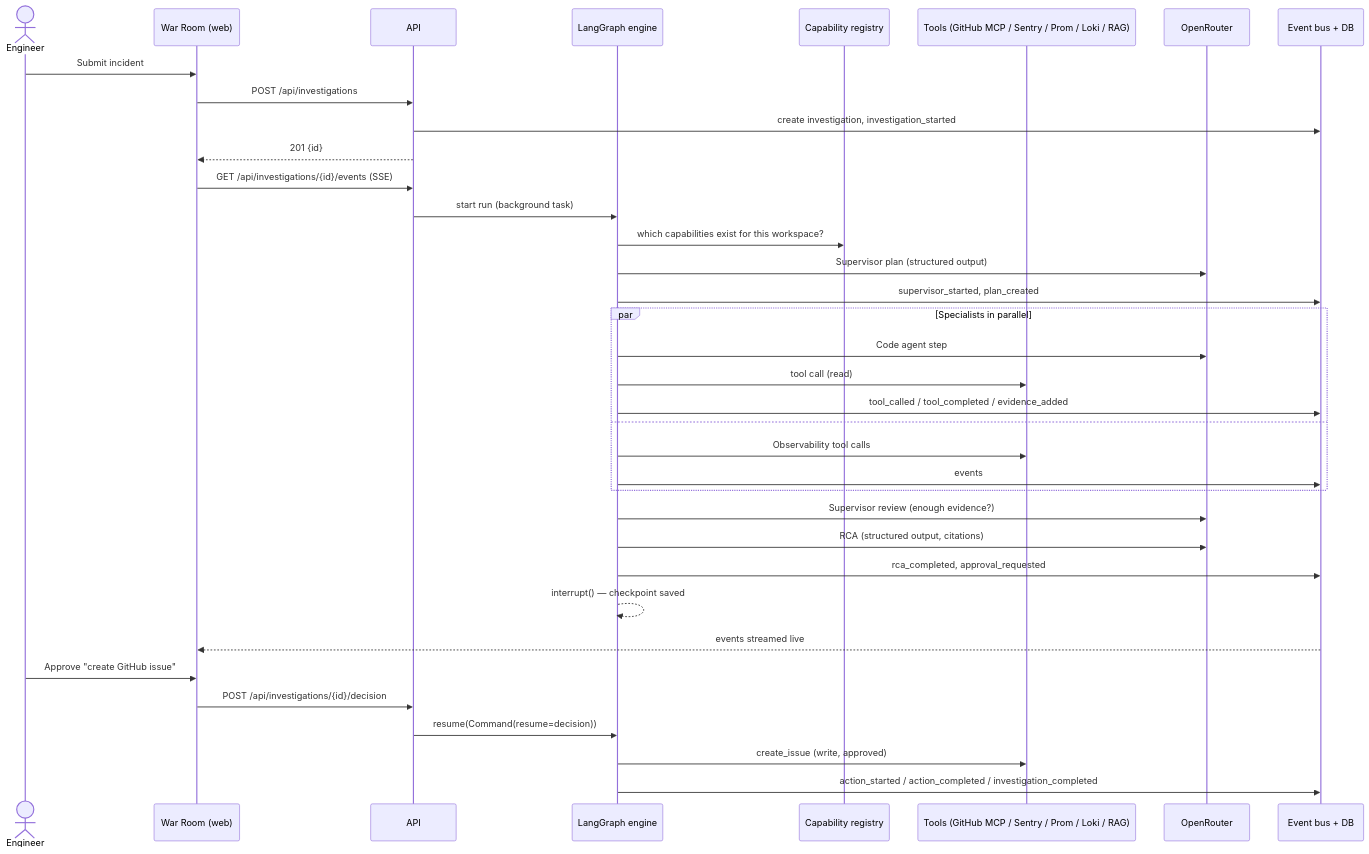
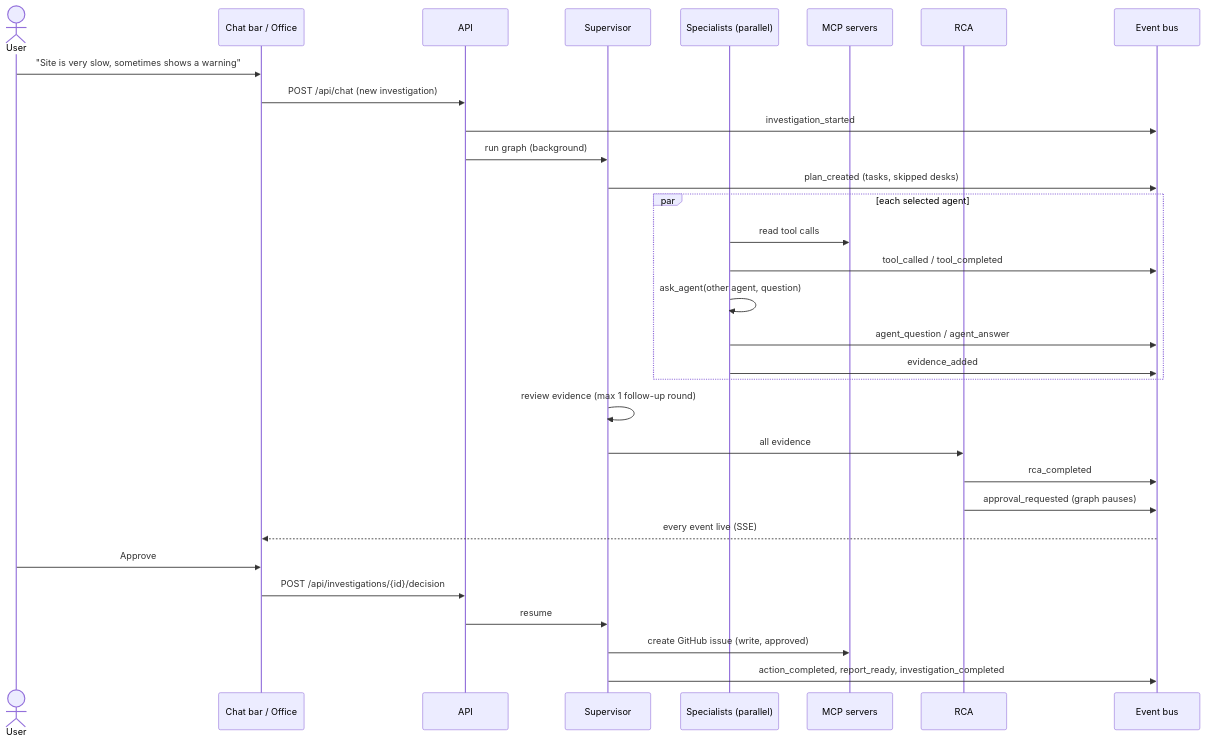
Before and after one commit to sanjaypc-github/Forgeops: the third of 7 diagrams in docs/TRD.md, drawn with Mermaid. The commit also changed other lines of this file and 2 other files, not shown here.

Commit message:
Revise PRD and TRD to v2: area-based agents, MCP connector catalog, agent questions, chat bar

````diff
--- a/docs/TRD.md
+++ b/docs/TRD.md
@@ -119,39 +125,34 @@
 ```mermaid
 sequenceDiagram
-    actor E as Engineer
-    participant W as War Room (web)
+    actor U as User
+    participant C as Chat bar / Office
     participant A as API
-    participant G as LangGraph engine
-    participant R as Capability registry
-    participant T as Tools (GitHub MCP / Sentry / Prom / Loki / RAG)
-    participant L as OpenRouter
-    participant B as Event bus + DB
+    participant S as Supervisor
+    participant X as Specialists (parallel)
+    participant M as MCP servers
+    participant R as RCA
+    participant B as Event bus
 
-    E->>W: Submit incident
-    W->>A: POST /api/investigations
-    A->>B: create investigation, investigation_started
-    A-->>W: 201 {id}
-    W->>A: GET /api/investigations/{id}/events (SSE)
-    A->>G: start run (background task)
-    G->>R: which capabilities exist for this workspace?
-    G->>L: Supervisor plan (structured output)
-    G->>B: supervisor_started, plan_created
-    par Specialists in parallel
-        G->>L: Code agent step
-        G->>T: tool call (read)
-        G->>B: tool_called / tool_completed / evidence_added
-    and
-        G->>T: Observability tool calls
-        G->>B: events
+    U->>C: "Site is very slow, sometimes shows a warning"
+    C->>A: POST /api/chat (new investigation)
+    A->>B: investigation_started
+    A->>S: run graph (background)
+    S->>B: plan_created (tasks, skipped desks)
+    par each selected agent
+        X->>M: read tool calls
+        X->>B: tool_called / tool_completed
+        X->>X: ask_agent(other agent, question)
+        X->>B: agent_question / agent_answer
+        X->>B: evidence_added
     end
-    G->>L: Supervisor review (enough evidence?)
-    G->>L: RCA (structured output, citations)
-    G->>B: rca_completed, approval_requested
-    G-->>G: interrupt() — checkpoint saved
-    B-->>W: events streamed live
-    E->>W: Approve "create GitHub issue"
-    W->>A: POST /api/investigations/{id}/decision
-    A->>G: resume(Command(resume=decision))
-    G->>T: create_issue (write, approved)
-    G->>B: action_started / action_completed / investigation_completed
+    S->>S: review evidence (max 1 follow-up round)
+    S->>R: all evidence
+    R->>B: rca_completed
+    R->>B: approval_requested (graph pauses)
+    B-->>C: every event live (SSE)
+    U->>C: Approve
+    C->>A: POST /api/investigations/{id}/decision
+    A->>S: resume
+    S->>M: create GitHub issue (write, approved)
+    S->>B: action_completed, report_ready, investigation_completed
 ```
````
